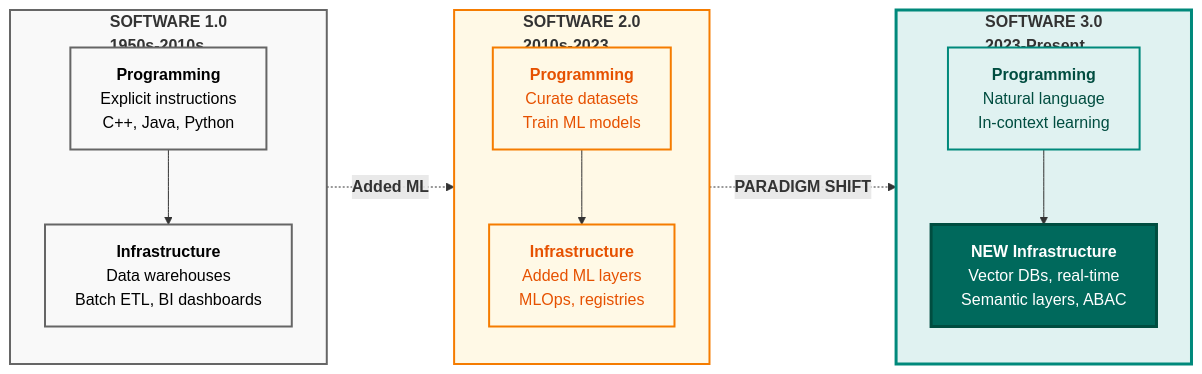
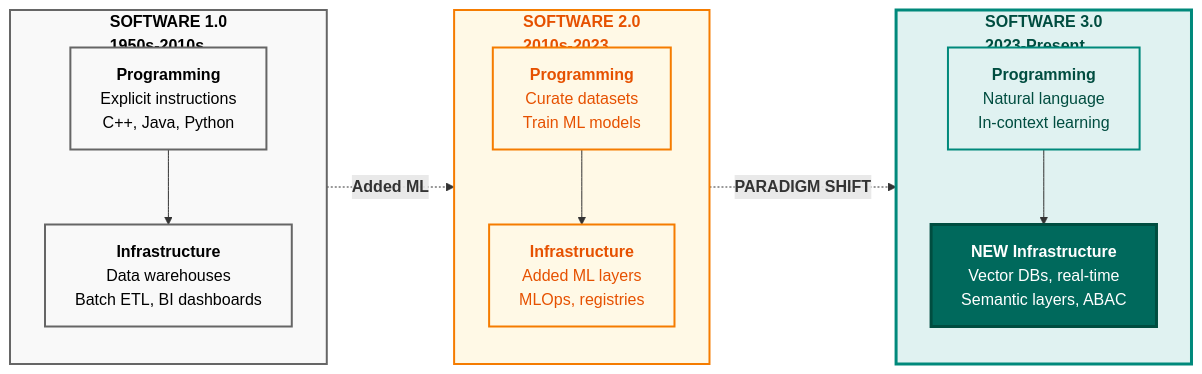
One commit to colaberry/enterprise-data-readiness-ai-agents changed the first of 16 diagrams in chapter-01/chapter_1_complete.md. Above: the diagram before and after it, drawn with Mermaid. The commit also changed other lines of this file and 1 other file, not shown here.

Commit message:
testing visibiliyt of invisible text
testing visibiliyt of invisible text

````diff
--- a/chapter-01/chapter_1_complete.md
+++ b/chapter-01/chapter_1_complete.md
@@ -142,36 +142,36 @@
 ```mermaid
 graph LR
     subgraph sw1["<b>SOFTWARE 1.0</b><br/><b>1950s-2010s</b>"]
         direction TB
         prog1["<b>Programming</b><br/>Explicit instructions<br/>C++, Java, Python"]
         infra1["<b>Infrastructure</b><br/>Data warehouses<br/>Batch ETL, BI dashboards"]
         prog1 --> infra1
     end
 
     subgraph sw2["<b>SOFTWARE 2.0</b><br/><b>2010s-2023</b>"]
         direction TB
         prog2["<b>Programming</b><br/>Curate datasets<br/>Train ML models"]
         infra2["<b>Infrastructure</b><br/>Added ML layers<br/>MLOps, registries"]
         prog2 --> infra2
     end
 
     subgraph sw3["<b>SOFTWARE 3.0</b><br/><b>2023-Present</b>"]
         direction TB
         prog3["<b>Programming</b><br/>Natural language<br/>In-context learning"]
         infra3["<b>NEW Infrastructure</b><br/>Vector DBs, real-time<br/>Semantic layers, ABAC"]
         prog3 --> infra3
     end
 
     sw1 -.->|"<b>Added ML</b>"| sw2
     sw2 -.->|"<b>PARADIGM SHIFT</b>"| sw3
 
-    style sw1 fill:#f9f9f9,stroke:#666666,stroke-width:2px
-    style sw2 fill:#fff9e6,stroke:#f57c00,stroke-width:2px
-    style sw3 fill:#e0f2f1,stroke:#00897b,stroke-width:3px
+    style sw1 fill:#f9f9f9,stroke:#666666,stroke-width:2px,color:#000000
+    style sw2 fill:#fff9e6,stroke:#f57c00,stroke-width:2px,color:#e65100
+    style sw3 fill:#e0f2f1,stroke:#00897b,stroke-width:3px,color:#004d40
     style prog1 fill:#f9f9f9,stroke:#666666,stroke-width:2px,color:#000000
     style infra1 fill:#f9f9f9,stroke:#666666,stroke-width:2px,color:#000000
     style prog2 fill:#fff9e6,stroke:#f57c00,stroke-width:2px,color:#e65100
     style infra2 fill:#fff9e6,stroke:#f57c00,stroke-width:2px,color:#e65100
     style prog3 fill:#e0f2f1,stroke:#00897b,stroke-width:2px,color:#004d40
     style infra3 fill:#00695c,color:#ffffff,stroke:#004d40,stroke-width:3px
 ```
````
